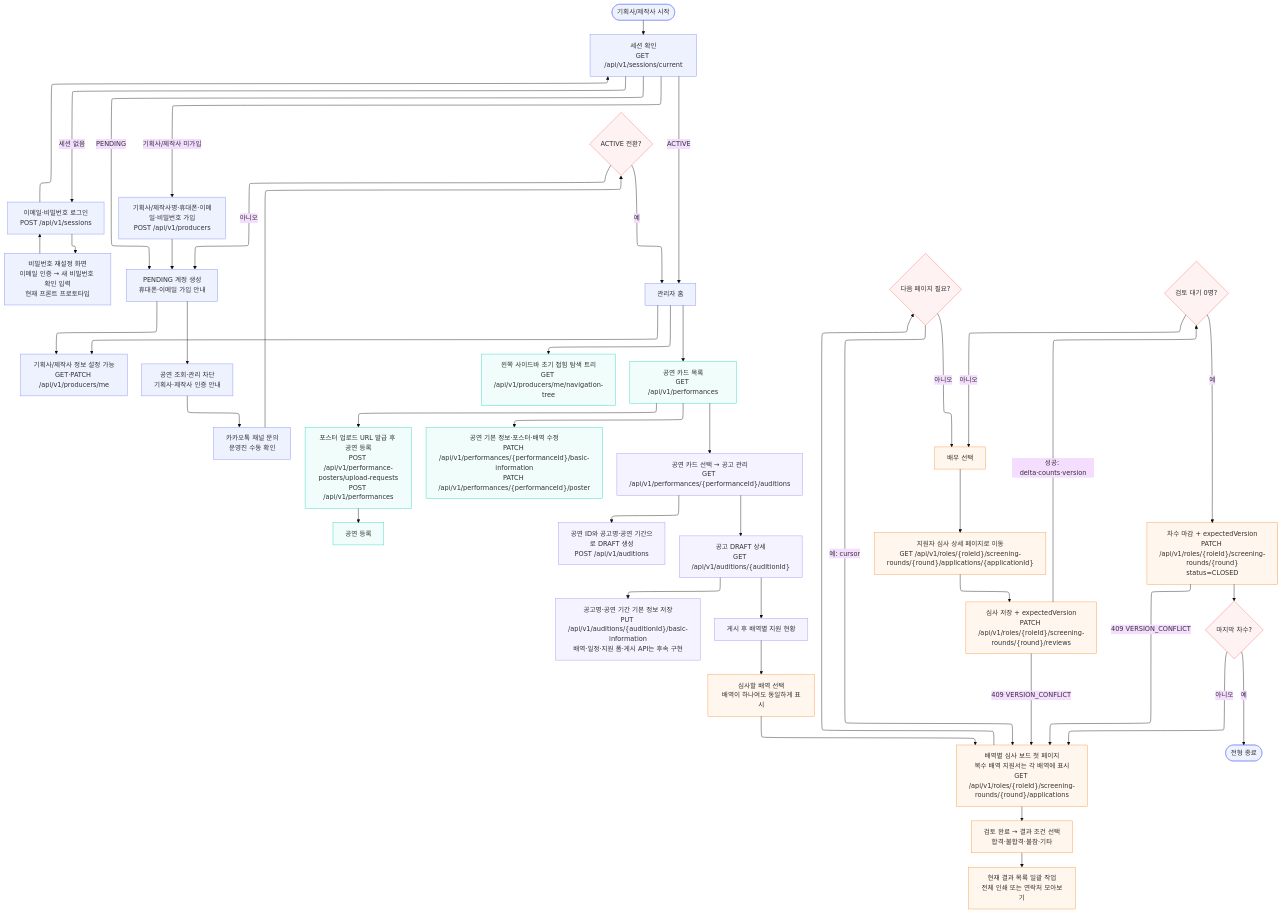
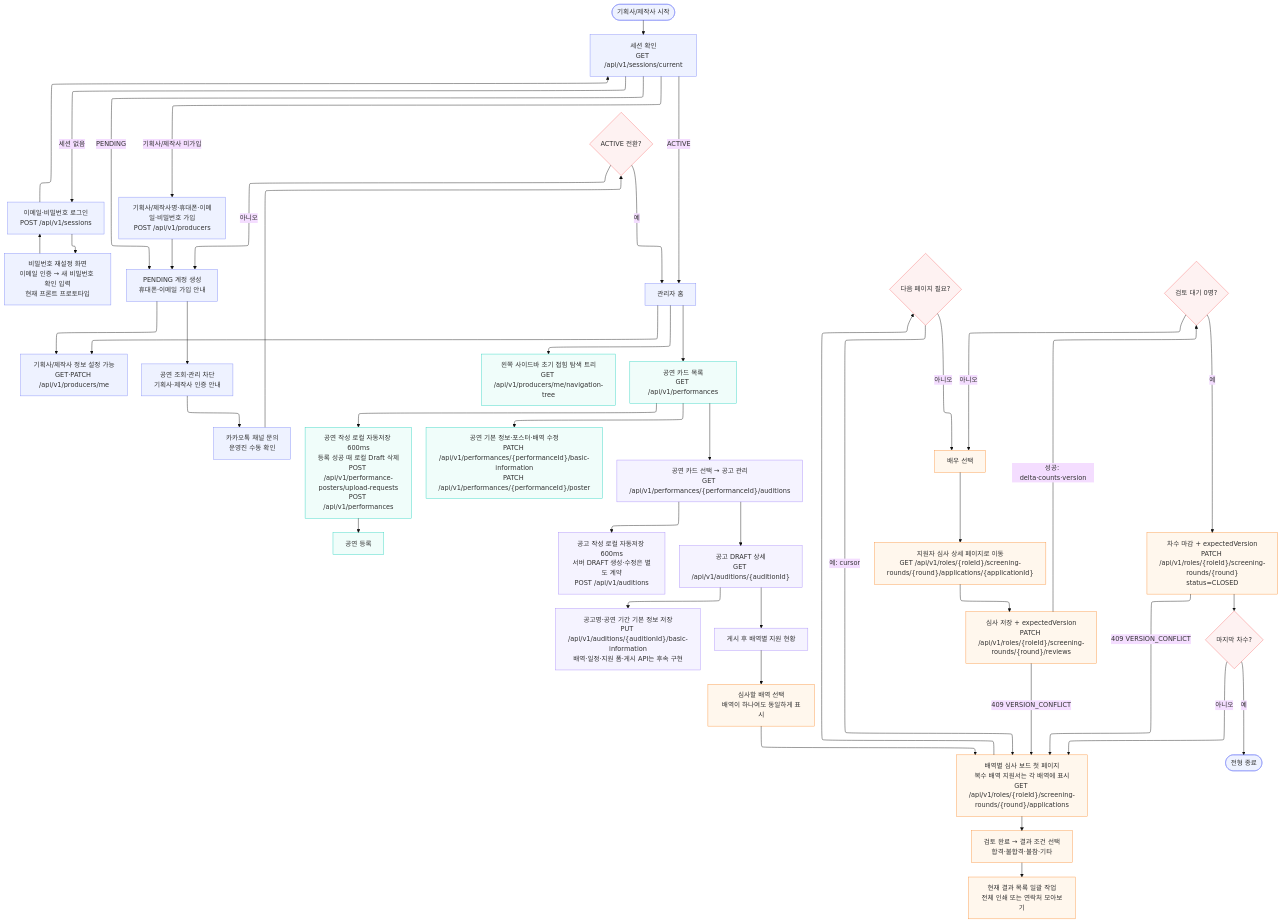
The diagram in docs/flowchart/producer.mmd (woowacourse-teams/2026-yesulin), drawn with Mermaid (base theme) before and after one commit. The commit also changed 16 other files, not shown here.

```diff
--- a/docs/flowchart/producer.mmd
+++ b/docs/flowchart/producer.mmd
@@ -1,53 +1,53 @@
 ---
 config:
   layout: elk
 ---
 flowchart TB
     START(["기획사/제작사 시작"]) --> SESSION["세션 확인<br>GET /api/v1/sessions/current"]
     SESSION -- 세션 없음 --> LOGIN["이메일·비밀번호 로그인<br>POST /api/v1/sessions"]
     LOGIN --> PASSWORD_RESET["비밀번호 재설정 화면<br>이메일 인증 → 새 비밀번호 확인 입력<br>현재 프론트 프로토타입"]
     PASSWORD_RESET --> LOGIN
     LOGIN --> SESSION
     SESSION -- 기획사/제작사 미가입 --> SIGNUP["기획사/제작사명·휴대폰·이메일·비밀번호 가입<br>POST /api/v1/producers"]
     SIGNUP --> PENDING["PENDING 계정 생성<br>휴대폰·이메일 가입 안내"]
     SESSION -- PENDING --> PENDING
     PENDING --> PROFILE["기획사/제작사 정보 설정 가능<br>GET·PATCH /api/v1/producers/me"]
     PENDING --> BLOCKED["공연 조회·관리 차단<br>기획사·제작사 인증 안내"]
     BLOCKED --> CONTACT["카카오톡 채널 문의<br>운영진 수동 확인"]
     CONTACT --> ACTIVE{"ACTIVE 전환?"}
     ACTIVE -- 아니오 --> PENDING
     ACTIVE -- 예 --> HOME["관리자 홈"]
     SESSION -- ACTIVE --> HOME
     HOME --> NAV["왼쪽 사이드바 초기 접힘 탐색 트리<br>GET /api/v1/producers/me/navigation-tree"] & PROFILE & PERF["공연 카드 목록<br>GET /api/v1/performances"]
-    PERF --> NEW_PERF["포스터 업로드 URL 발급 후 공연 등록<br>POST /api/v1/performance-posters/upload-requests<br>POST /api/v1/performances"] & EDIT_PERF["공연 기본 정보·포스터·배역 수정<br>PATCH /api/v1/performances/{performanceId}/basic-information<br>PATCH /api/v1/performances/{performanceId}/poster"] & POSTINGS["공연 카드 선택 → 공고 관리<br>GET /api/v1/performances/{performanceId}/auditions"]
+    PERF --> NEW_PERF["공연 작성 로컬 자동저장 600ms<br>등록 성공 때 로컬 Draft 삭제<br>POST /api/v1/performance-posters/upload-requests<br>POST /api/v1/performances"] & EDIT_PERF["공연 기본 정보·포스터·배역 수정<br>PATCH /api/v1/performances/{performanceId}/basic-information<br>PATCH /api/v1/performances/{performanceId}/poster"] & POSTINGS["공연 카드 선택 → 공고 관리<br>GET /api/v1/performances/{performanceId}/auditions"]
     NEW_PERF --> CREATE_PERF["공연 등록"]
-    POSTINGS --> CREATE_POSTING["공연 ID와 공고명·공연 기간으로 DRAFT 생성<br>POST /api/v1/auditions"] & POSTING_DETAIL["공고 DRAFT 상세<br>GET /api/v1/auditions/{auditionId}"]
+    POSTINGS --> CREATE_POSTING["공고 작성 로컬 자동저장 600ms<br>서버 DRAFT 생성·수정은 별도 계약<br>POST /api/v1/auditions"] & POSTING_DETAIL["공고 DRAFT 상세<br>GET /api/v1/auditions/{auditionId}"]
     POSTING_DETAIL --> EDIT_POSTING["공고명·공연 기간 기본 정보 저장<br>PUT /api/v1/auditions/{auditionId}/basic-information<br>배역·일정·지원 폼·게시 API는 후속 구현"] & ROLES["게시 후 배역별 지원 현황"]
     ROLES --> CHOOSE_ROLE["심사할 배역 선택<br>배역이 하나여도 동일하게 표시"]
     CHOOSE_ROLE --> BOARD["배역별 심사 보드 첫 페이지<br>복수 배역 지원서는 각 배역에 표시<br>GET /api/v1/roles/{roleId}/screening-rounds/{round}/applications"]
     BOARD --> RESULT_FILTER["검토 완료 → 결과 조건 선택<br>합격·불합격·불참·기타"]
     RESULT_FILTER --> GROUP_ACTION["현재 결과 목록 일괄 작업<br>전체 인쇄 또는 연락처 모아보기"]
     BOARD --> MORE{"다음 페이지 필요?"}
     MORE -- 예: cursor --> BOARD
     MORE -- 아니오 --> SELECT["배우 선택"]
     SELECT --> APP_DETAIL["지원자 심사 상세 페이지로 이동<br>GET /api/v1/roles/{roleId}/screening-rounds/{round}/applications/{applicationId}"]
     APP_DETAIL --> REVIEW["심사 저장 + expectedVersion<br>PATCH /api/v1/roles/{roleId}/screening-rounds/{round}/reviews"]
     REVIEW -- 409 VERSION_CONFLICT --> BOARD
     REVIEW -- 성공: delta·counts·version --> DONE{"검토 대기 0명?"}
     DONE -- 아니오 --> SELECT
     DONE -- 예 --> CLOSE["차수 마감 + expectedVersion<br>PATCH /api/v1/roles/{roleId}/screening-rounds/{round}<br>status=CLOSED"]
     CLOSE -- 409 VERSION_CONFLICT --> BOARD
     CLOSE --> LAST{"마지막 차수?"}
     LAST -- 아니오 --> BOARD
     LAST -- 예 --> FINISH(["전형 종료"])
 
     classDef authNode stroke:#818cf8,fill:#eef2ff
     classDef perfNode stroke:#2dd4bf,fill:#f0fdfa
     classDef postingNode stroke:#a78bfa,fill:#f5f3ff
     classDef screeningNode stroke:#fb923c,fill:#fff7ed
     classDef decisionNode stroke:#f87171,fill:#fef2f2
     class START,SESSION,LOGIN,PASSWORD_RESET,SIGNUP,PENDING,PROFILE,BLOCKED,CONTACT,HOME,FINISH authNode
     class ACTIVE,MORE,DONE,LAST decisionNode
     class NAV,PERF,NEW_PERF,EDIT_PERF,CREATE_PERF perfNode
     class POSTINGS,CREATE_POSTING,POSTING_DETAIL,EDIT_POSTING,ROLES postingNode
     class BOARD,CHOOSE_ROLE,RESULT_FILTER,GROUP_ACTION,SELECT,APP_DETAIL,REVIEW,CLOSE screeningNode
```
